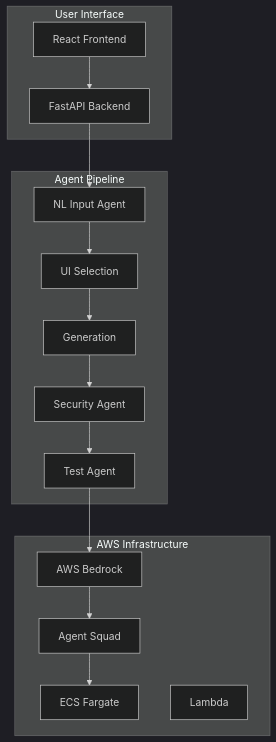
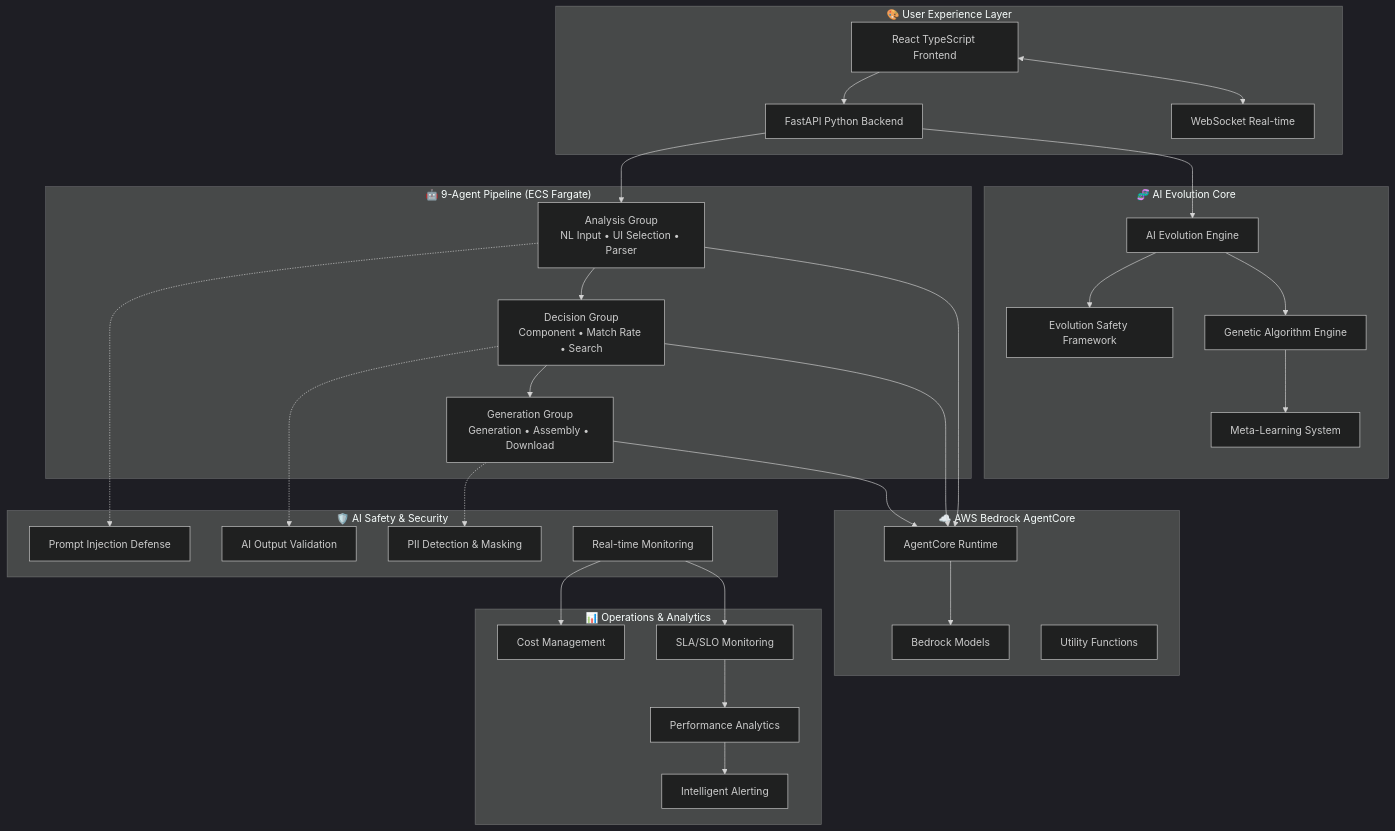
Before and after one commit to crazybass81/T-Developer: the diagram in README.md, drawn with Mermaid (dark theme). The commit also changed other lines of this file and 12 other files, not shown here.

````diff
--- a/README.md
+++ b/README.md
@@ -35,32 +39,66 @@
 ```mermaid
 graph TB
-    subgraph "User Interface"
-        UI[React Frontend]
-        API[FastAPI Backend]
+    subgraph "🎨 User Experience Layer"
+        UI[React TypeScript Frontend]
+        API[FastAPI Python Backend]
+        WS[WebSocket Real-time]
     end
     
-    subgraph "Agent Pipeline"
-        NL[NL Input Agent]
-        UIS[UI Selection]
-        GEN[Generation]
-        SEC[Security Agent]
-        TEST[Test Agent]
+    subgraph "🧬 AI Evolution Core"
+        EVOLUTION[AI Evolution Engine]
+        SAFETY[Evolution Safety Framework]
+        GENETIC[Genetic Algorithm Engine]
+        META[Meta-Learning System]
     end
     
-    subgraph "AWS Infrastructure"
-        BEDROCK[AWS Bedrock]
-        SQUAD[Agent Squad]
-        ECS[ECS Fargate]
-        LAMBDA[Lambda]
+    subgraph "🤖 9-Agent Pipeline (ECS Fargate)"
+        GROUP1[Analysis Group<br/>NL Input • UI Selection • Parser]
+        GROUP2[Decision Group<br/>Component • Match Rate • Search]
+        GROUP3[Generation Group<br/>Generation • Assembly • Download]
     end
     
+    subgraph "🛡️ AI Safety & Security"
+        PROMPT[Prompt Injection Defense]
+        OUTPUT[AI Output Validation]
+        PII[PII Detection & Masking]
+        MONITOR[Real-time Monitoring]
+    end
+    
+    subgraph "☁️ AWS Bedrock AgentCore"
+        AGENTCORE[AgentCore Runtime]
+        BEDROCK[Bedrock Models]
+        LAMBDA[Utility Functions]
+    end
+    
+    subgraph "📊 Operations & Analytics"
+        COST[Cost Management]
+        SLA[SLA/SLO Monitoring]
+        METRICS[Performance Analytics]
+        ALERTS[Intelligent Alerting]
+    end
+    
+    UI <--> WS
     UI --> API
-    API --> NL
-    NL --> UIS
-    UIS --> GEN
-    GEN --> SEC
-    SEC --> TEST
-    TEST --> BEDROCK
-    BEDROCK --> SQUAD
-    SQUAD --> ECS
+    API --> EVOLUTION
+    EVOLUTION --> SAFETY
+    EVOLUTION --> GENETIC
+    GENETIC --> META
+    
+    API --> GROUP1
+    GROUP1 --> GROUP2
+    GROUP2 --> GROUP3
+    
+    GROUP1 -.-> PROMPT
+    GROUP2 -.-> OUTPUT
+    GROUP3 -.-> PII
+    
+    GROUP1 --> AGENTCORE
+    GROUP2 --> AGENTCORE
+    GROUP3 --> AGENTCORE
+    AGENTCORE --> BEDROCK
+    
+    MONITOR --> COST
+    MONITOR --> SLA
+    SLA --> METRICS
+    METRICS --> ALERTS
 ```
````
